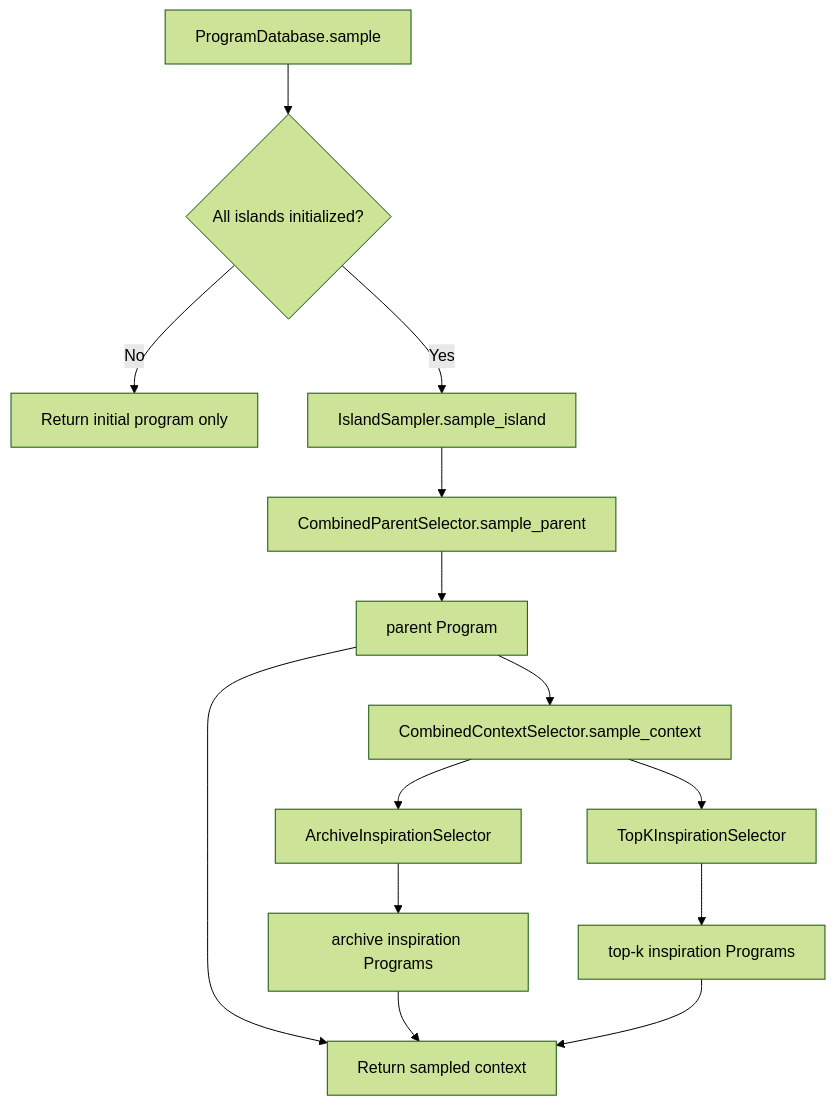
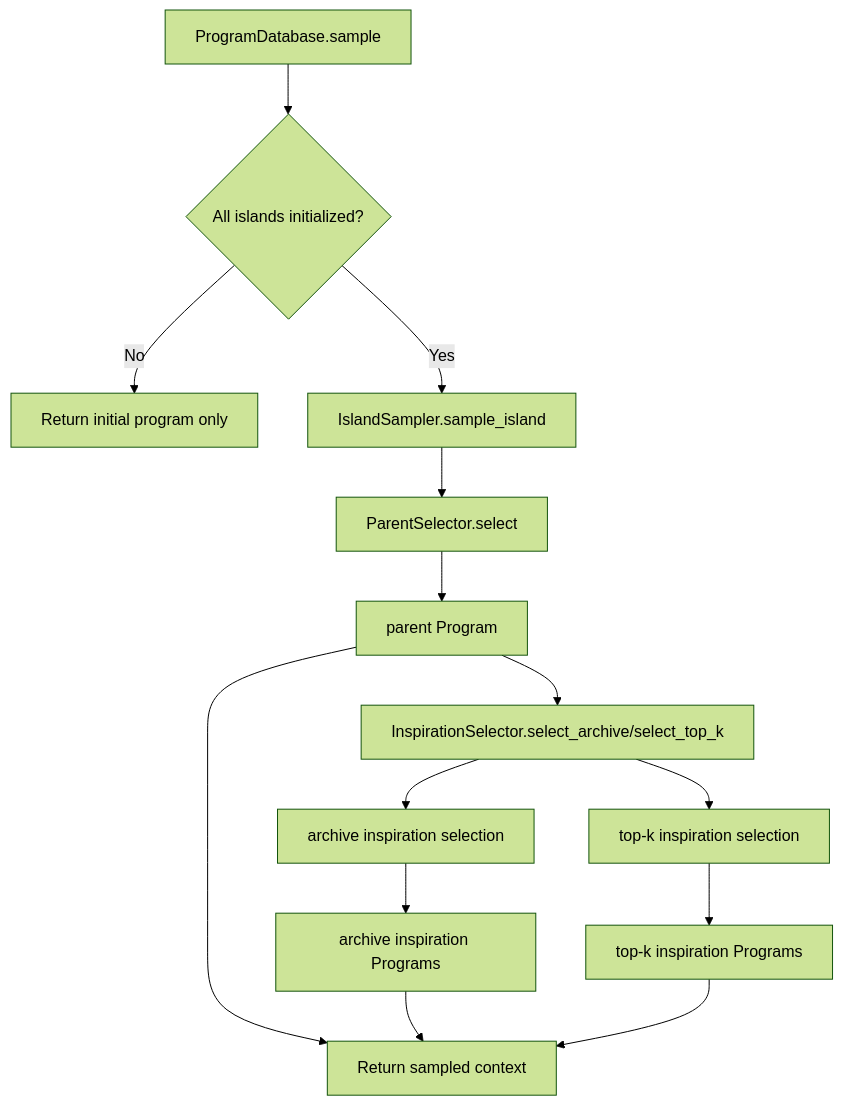
The third of 9 diagrams in docs/data_flow.md (StuartFarmer/ShinkaEvolve), drawn with Mermaid (forest theme) before and after one commit. The commit also changed 4 other files, not shown here.

````diff
--- a/docs/data_flow.md
+++ b/docs/data_flow.md
@@ -104,16 +104,16 @@
 ```mermaid
 flowchart TD
     A[ProgramDatabase.sample] --> B{All islands initialized?}
     B -->|No| C[Return initial program only]
     B -->|Yes| D[IslandSampler.sample_island]
-    D --> E[CombinedParentSelector.sample_parent]
+    D --> E[ParentSelector.select]
     E --> F[parent Program]
-    F --> G[CombinedContextSelector.sample_context]
-    G --> H[ArchiveInspirationSelector]
-    G --> I[TopKInspirationSelector]
+    F --> G[InspirationSelector.select_archive/select_top_k]
+    G --> H[archive inspiration selection]
+    G --> I[top-k inspiration selection]
     H --> J[archive inspiration Programs]
     I --> K[top-k inspiration Programs]
     F --> L[Return sampled context]
     J --> L
     K --> L
 ```
````
